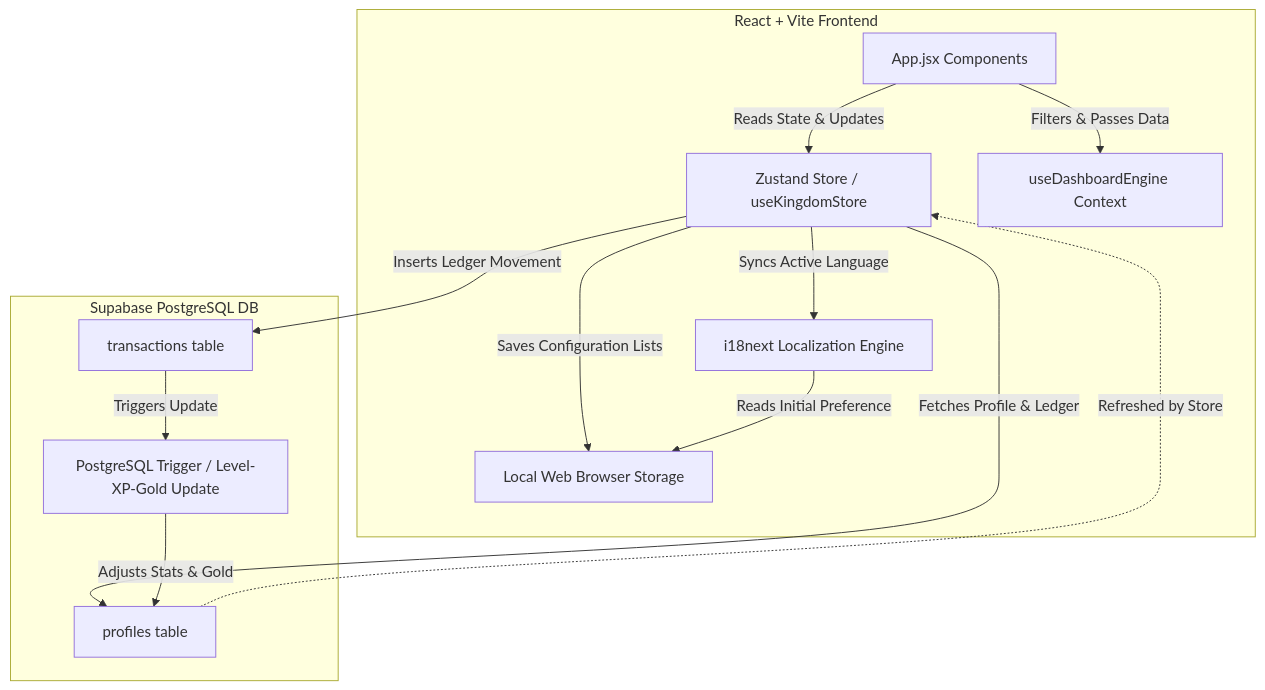
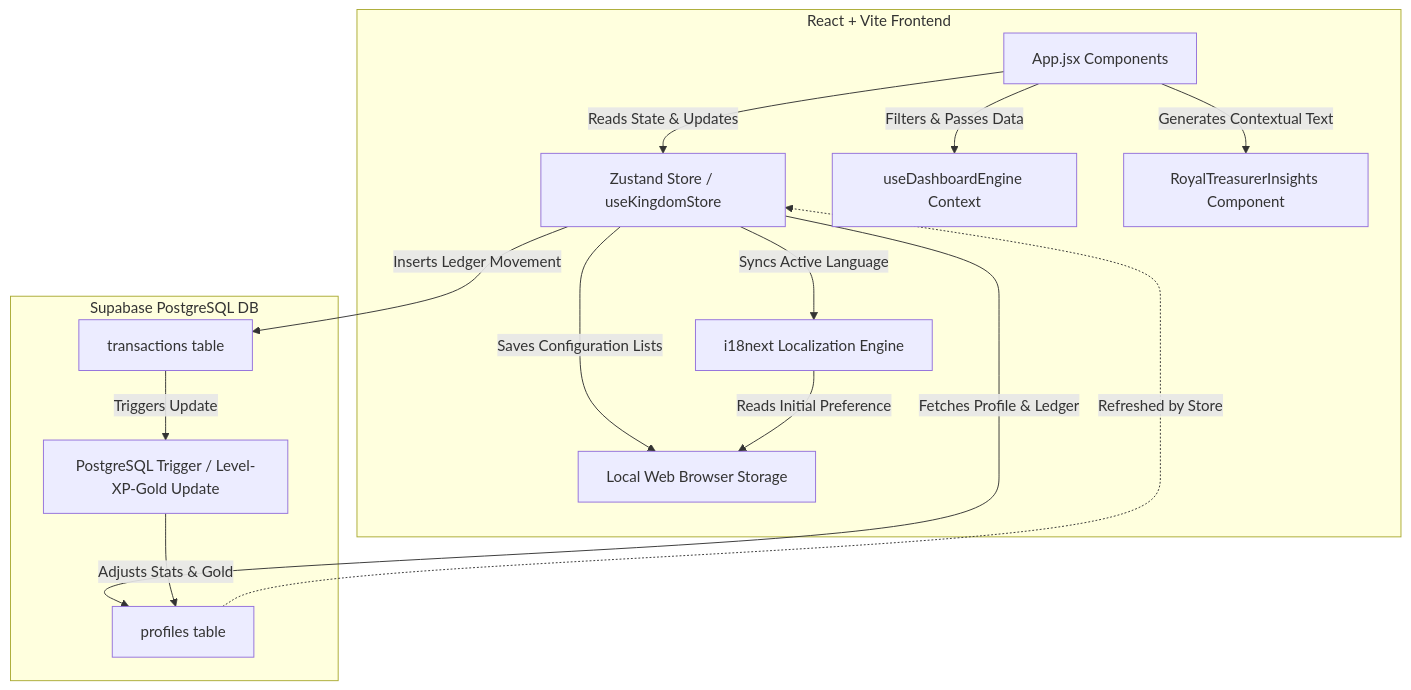
One commit to divagarpelamente-blip/medieval-stuff changed the diagram in documentation/System_Architecture_Reports/System_Architecture_Report.md. Above: the diagram before and after it, drawn with Mermaid. The commit also changed other lines of this file and 9 other files, not shown here.

````diff
--- a/documentation/System_Architecture_Reports/System_Architecture_Report.md
+++ b/documentation/System_Architecture_Reports/System_Architecture_Report.md
@@ -11,30 +11,32 @@
 ```mermaid
 graph TD
     subgraph Client [React + Vite Frontend]
         App[App.jsx Components]
         Store[Zustand Store / useKingdomStore]
         Engine[useDashboardEngine Context]
         i18n[i18next Localization Engine]
         LStore[Local Web Browser Storage]
+        Insights[RoyalTreasurerInsights Component]
     end
 
     subgraph Backend [Supabase PostgreSQL DB]
         T_Trans[transactions table]
         T_Prof[profiles table]
         P_Trig[PostgreSQL Trigger / Level-XP-Gold Update]
     end
 
     %% Client Internal Flow
     App -->|Reads State & Updates| Store
     App -->|Filters & Passes Data| Engine
     Store -->|Saves Configuration Lists| LStore
     Store -->|Syncs Active Language| i18n
     i18n -->|Reads Initial Preference| LStore
+    App -->|Generates Contextual Text| Insights
 
     %% Client to Backend DB Sync
     Store -->|Fetches Profile & Ledger| T_Prof
     Store -->|Inserts Ledger Movement| T_Trans
     T_Trans -->|Triggers Update| P_Trig
     P_Trig -->|Adjusts Stats & Gold| T_Prof
     T_Prof -.->|Refreshed by Store| Store
 ```
````
